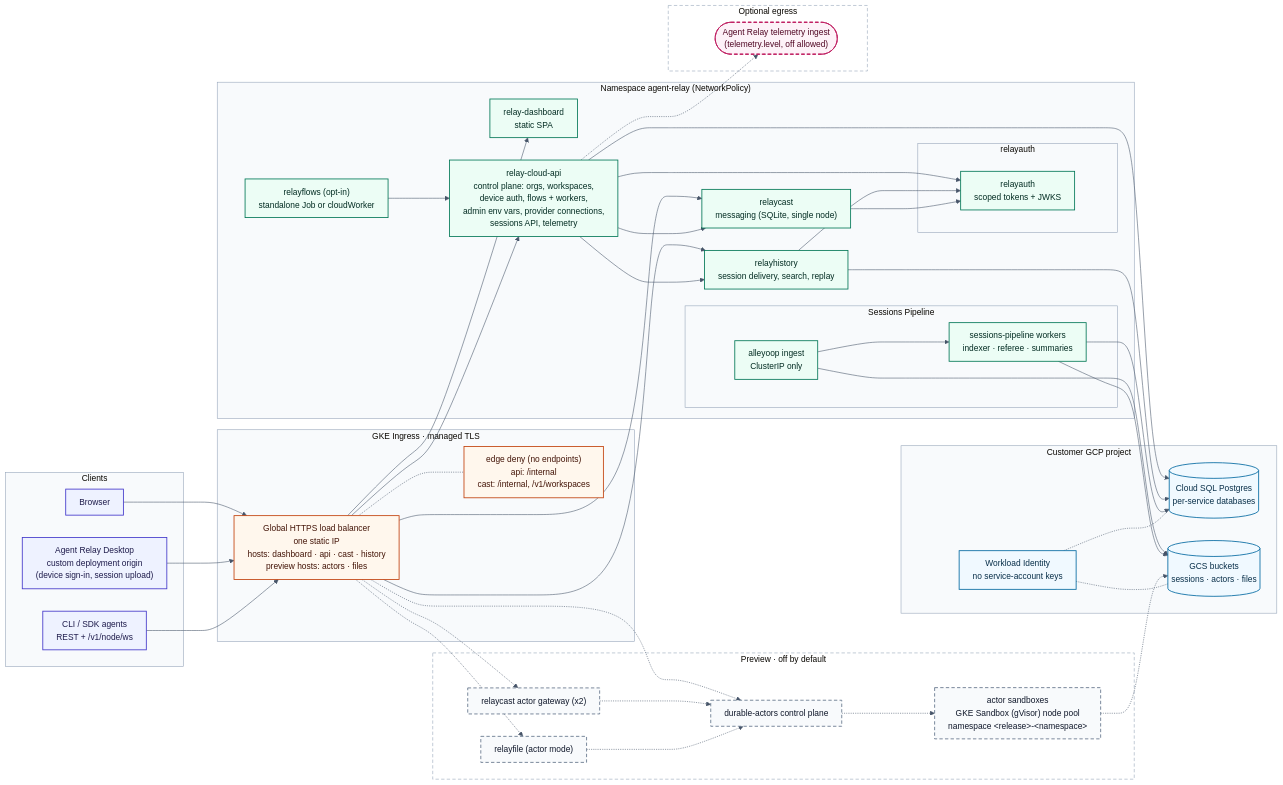
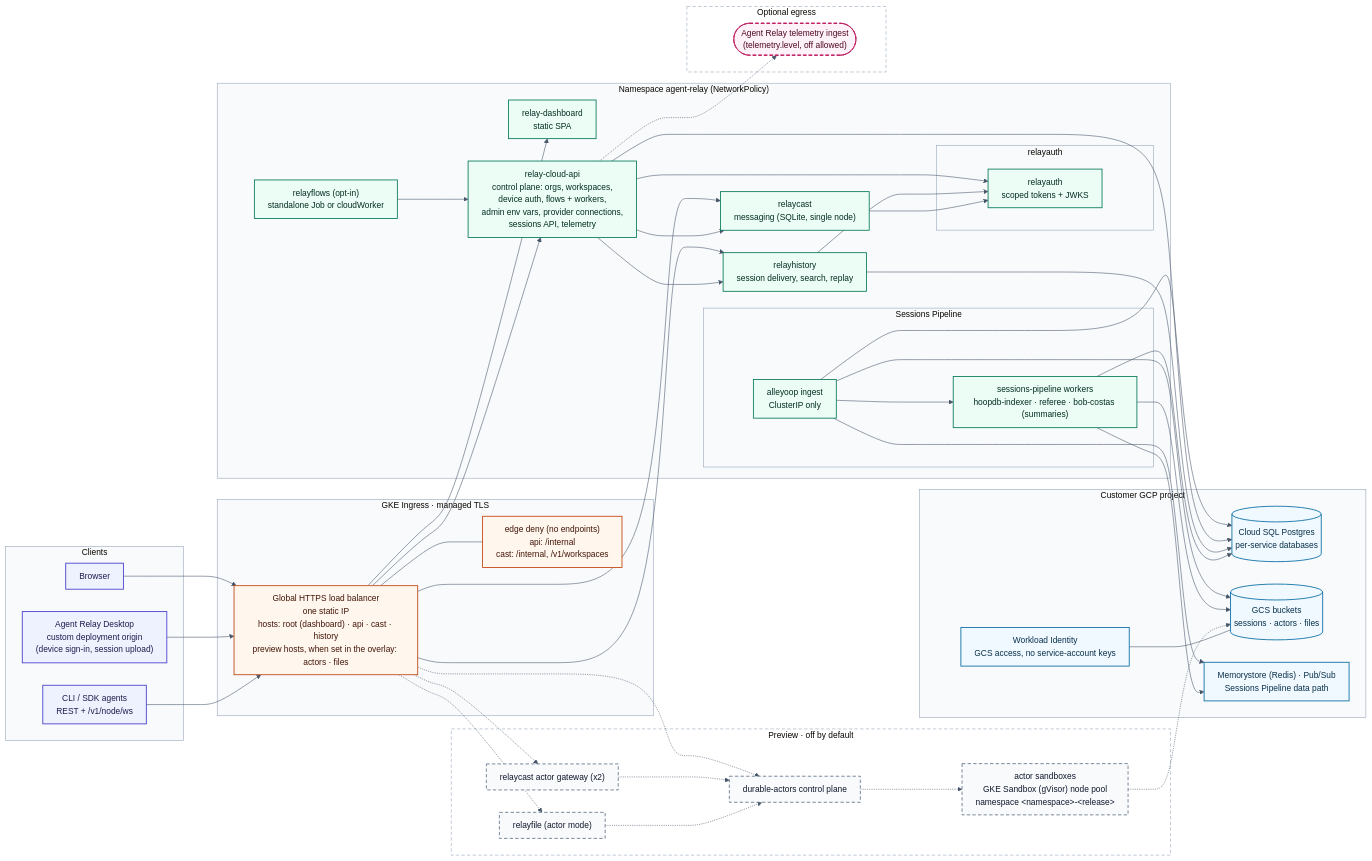
Before and after one commit to AgentWorkforce/helm-charts: the diagram in docs/diagrams/agent-relay-architecture.mmd, drawn with Mermaid. The commit also changed 11 other files, not shown here.

First line of the commit message:
fix: second review round on the diagrams, skill and smoke

```diff
--- a/docs/diagrams/agent-relay-architecture.mmd
+++ b/docs/diagrams/agent-relay-architecture.mmd
@@ -1,98 +1,102 @@
 %% Agent Relay self-hosted on GCP: what charts/agent-relay deploys today.
 %% Source of truth for agent-relay-architecture.svg / .png. Render with
 %% @mermaid-js/mermaid-cli 11.4.2: mmdc -i agent-relay-architecture.mmd -o agent-relay-architecture.svg -b white
 %% and the same with -o agent-relay-architecture.png -s 2.
-%% Dashed borders and dashed edges are preview or optional components.
+%% Dashed borders and dashed edges mark preview components and the optional
+%% telemetry egress. Relayflows is opt-in and drawn solid (labelled opt-in).
 %%{init: {"theme": "base", "themeVariables": {"fontSize": "15px", "clusterBkg": "#f8fafc", "clusterBorder": "#94a3b8", "lineColor": "#475569", "primaryTextColor": "#0f172a", "edgeLabelBackground": "#ffffff"}, "flowchart": {"curve": "basis", "nodeSpacing": 40, "rankSpacing": 60, "padding": 12, "wrappingWidth": 280}}}%%
 flowchart LR
   subgraph Clients["Clients"]
     desktop["Agent Relay Desktop<br/>custom deployment origin<br/>(device sign-in, session upload)"]
     agents["CLI / SDK agents<br/>REST + /v1/node/ws"]
     browser["Browser"]
   end
 
   subgraph Edge["GKE Ingress · managed TLS"]
-    lb["Global HTTPS load balancer<br/>one static IP<br/>hosts: dashboard · api · cast · history<br/>preview hosts: actors · files"]
+    lb["Global HTTPS load balancer<br/>one static IP<br/>hosts: root (dashboard) · api · cast · history<br/>preview hosts, when set in the overlay: actors · files"]
     deny["edge deny (no endpoints)<br/>api: /internal<br/>cast: /internal, /v1/workspaces"]
-    lb -.- deny
+    lb --- deny
   end
 
   subgraph NS["Namespace agent-relay (NetworkPolicy)"]
     dash["relay-dashboard<br/>static SPA"]
     api["relay-cloud-api<br/>control plane: orgs, workspaces,<br/>device auth, flows + workers,<br/>admin env vars, provider connections,<br/>sessions API, telemetry"]
     cast["relaycast<br/>messaging (SQLite, single node)"]
     hist["relayhistory<br/>session delivery, search, replay"]
     flows["relayflows (opt-in)<br/>standalone Job or cloudWorker"]
 
     subgraph AUTH["relayauth"]
       ra["relayauth<br/>scoped tokens + JWKS"]
     end
 
     subgraph SP["Sessions Pipeline"]
       ingest["alleyoop ingest<br/>ClusterIP only"]
-      workers["sessions-pipeline workers<br/>indexer · referee · summaries"]
+      workers["sessions-pipeline workers<br/>hoopdb-indexer · referee · bob-costas (summaries)"]
     end
   end
 
   subgraph PREVIEW["Preview · off by default"]
     gw["relaycast actor gateway (x2)"]
     da["durable-actors control plane"]
-    pool["actor sandboxes<br/>GKE Sandbox (gVisor) node pool<br/>namespace &lt;release&gt;-&lt;namespace&gt;"]
+    pool["actor sandboxes<br/>GKE Sandbox (gVisor) node pool<br/>namespace &lt;namespace&gt;-&lt;release&gt;"]
     rf["relayfile (actor mode)"]
   end
 
   subgraph GCP["Customer GCP project"]
     sql[("Cloud SQL Postgres<br/>per-service databases")]
     gcs[("GCS buckets<br/>sessions · actors · files")]
-    wi["Workload Identity<br/>no service-account keys"]
+    wi["Workload Identity<br/>GCS access, no service-account keys"]
+    mq["Memorystore (Redis) · Pub/Sub<br/>Sessions Pipeline data path"]
   end
 
   subgraph OUT["Optional egress"]
     ext(["Agent Relay telemetry ingest<br/>(telemetry.level, off allowed)"])
   end
 
   browser --> lb
   desktop --> lb
   agents --> lb
   lb --> dash
   lb --> api
   lb --> cast
   lb --> hist
   lb -.-> gw
   lb -.-> da
   lb -.-> rf
   api --> ra
   api --> cast
   api --> hist
   hist --> ra
   cast --> ra
   flows --> api
   ingest --> gcs
+  ingest --> sql
+  ingest --> mq
+  workers --> mq
   ingest --> workers
   api --> sql
   hist --> sql
   workers --> sql
   workers --> gcs
   gw -.-> da
   da -.-> pool
   pool -.-> gcs
   rf -.-> da
-  wi -.- gcs
-  wi -.- sql
+  wi --- gcs
   api -.-> ext
 
   classDef client fill:#eef2ff,stroke:#4338ca,color:#1e1b4b,stroke-width:1.5px
   classDef edge fill:#fff7ed,stroke:#c2410c,color:#431407,stroke-width:1.5px
   classDef core fill:#ecfdf5,stroke:#047857,color:#022c22,stroke-width:1.5px
   classDef data fill:#f0f9ff,stroke:#0369a1,color:#082f49,stroke-width:1.5px
   classDef preview fill:#f8fafc,stroke:#64748b,color:#0f172a,stroke-width:1.5px,stroke-dasharray:6 4
   classDef external fill:#fdf2f8,stroke:#be185d,color:#500724,stroke-width:1.5px,stroke-dasharray:6 4
   class desktop,agents,browser client
   class lb,deny edge
   class dash,api,cast,hist,flows,ra,ingest,workers core
-  class sql,gcs,wi data
+  class sql,gcs,wi,mq data
   class gw,da,pool,rf preview
   class ext external
   style PREVIEW stroke-dasharray:6 4,fill:#ffffff
   style OUT stroke-dasharray:6 4,fill:#ffffff
   style NS fill:#f8fafc
```
